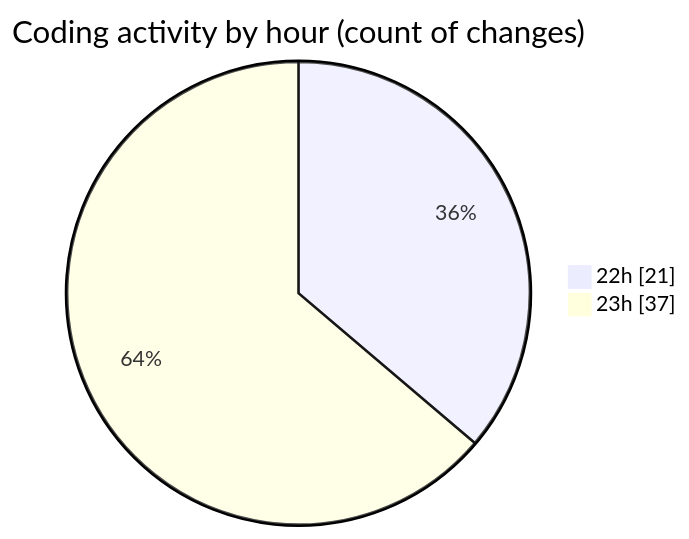
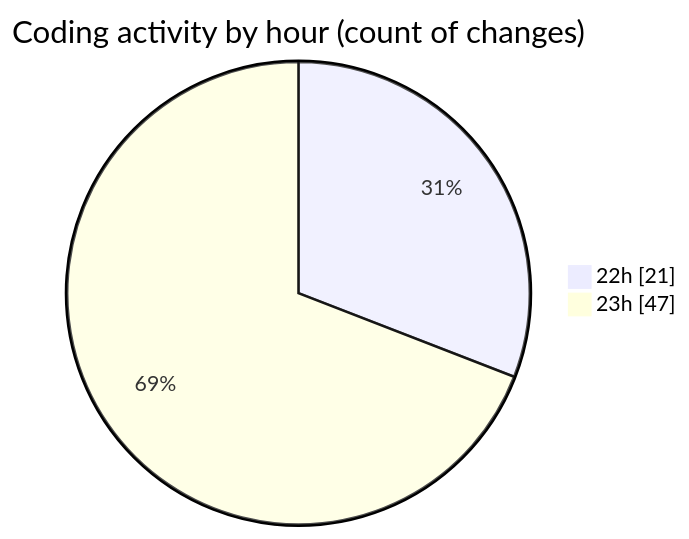
The second of 2 diagrams in 2025-07-22/javascript/README.md (Ritupan-Deka/code-tracking), drawn with Mermaid before and after one commit. The commit also changed other lines of this file and 1 other file, not shown here.

````diff
--- a/2025-07-22/javascript/README.md
+++ b/2025-07-22/javascript/README.md
@@ -29,6 +29,6 @@
 ```mermaid
 pie showData
 title Coding activity by hour (count of changes)
 "22h" : 21
-"23h" : 37
+"23h" : 47
 ```
````
